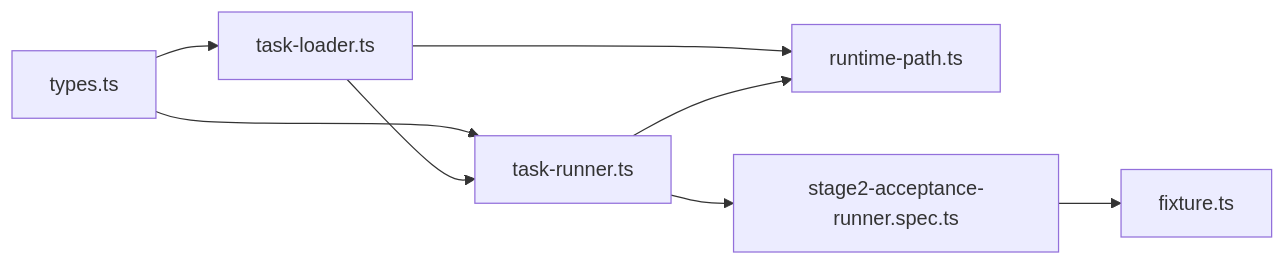
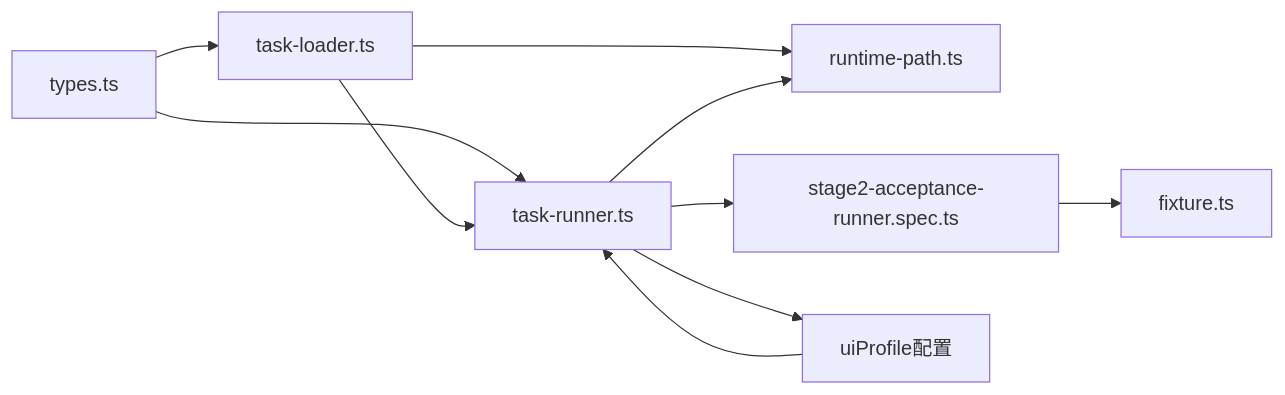
The fourth of 4 diagrams in .qoder/repowiki/zh/content/任务系统/任务模板使用.md (Jiane-EJ/playwright-mind), drawn with Mermaid before and after one commit. The commit also changed other lines of this file and 5 other files, not shown here.

````diff
--- a/.qoder/repowiki/zh/content/任务系统/任务模板使用.md
+++ b/.qoder/repowiki/zh/content/任务系统/任务模板使用.md
@@ -232,10 +287,12 @@
 ```mermaid
 graph LR
 Types["types.ts"] --> Loader["task-loader.ts"]
 Types --> Runner["task-runner.ts"]
 Loader --> Runner
 Loader --> RuntimeCfg["runtime-path.ts"]
 Runner --> RuntimeCfg
 Runner --> Spec["stage2-acceptance-runner.spec.ts"]
+Runner --> UIP["uiProfile配置"]
 Spec --> Fixture["fixture.ts"]
+UIP --> Runner
 ```
````
